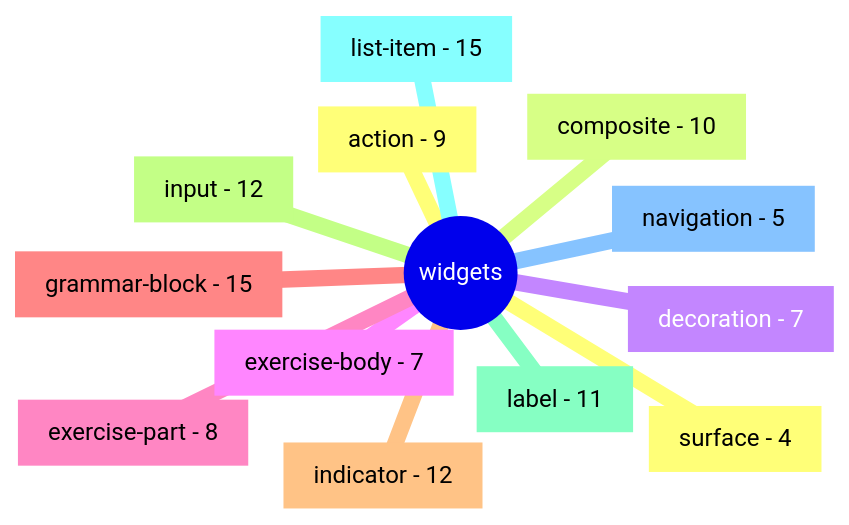
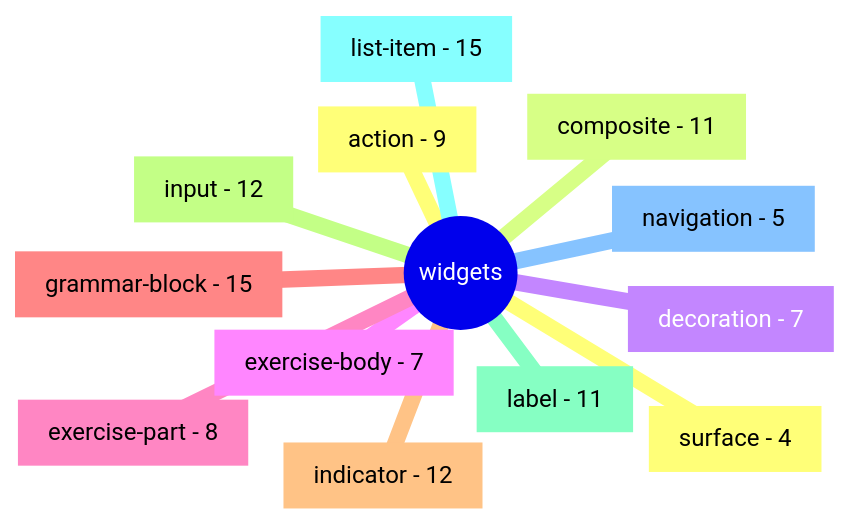
The diagram in docs/08_widget_inventory.md (mirai-toto/manabi-do), drawn with Mermaid before and after one commit. The commit also changed other lines of this file and 5 other files, not shown here.

````diff
--- a/docs/08_widget_inventory.md
+++ b/docs/08_widget_inventory.md
@@ -11,16 +11,16 @@
 ```mermaid
 mindmap
   root((widgets))
     action[action - 9]
-    composite[composite - 10]
+    composite[composite - 11]
     decoration[decoration - 7]
     exercise_body[exercise-body - 7]
     exercise_part[exercise-part - 8]
     grammar_block[grammar-block - 15]
     indicator[indicator - 12]
     input[input - 12]
     label[label - 11]
     list_item[list-item - 15]
     navigation[navigation - 5]
     surface[surface - 4]
 ```
````
